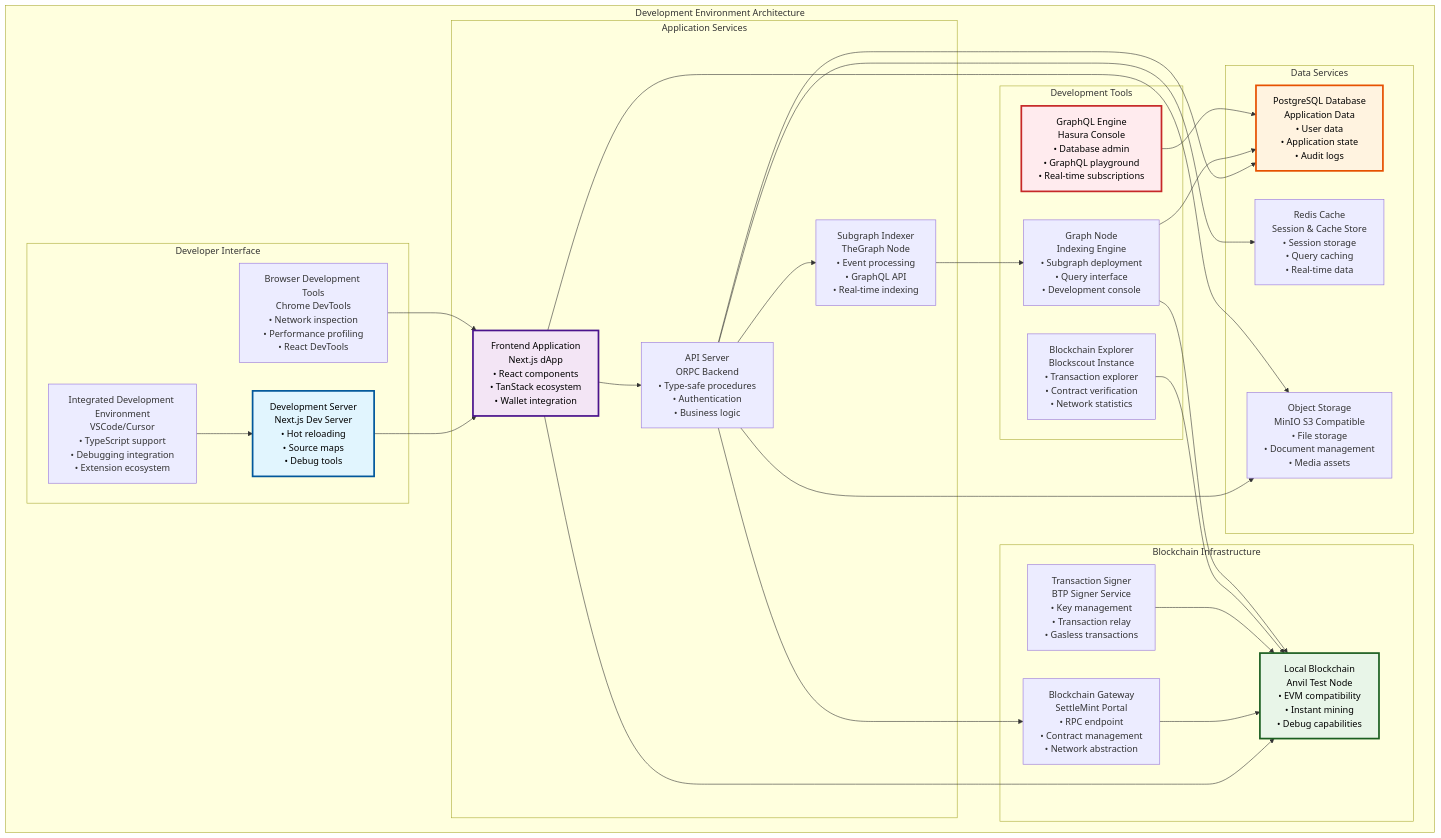
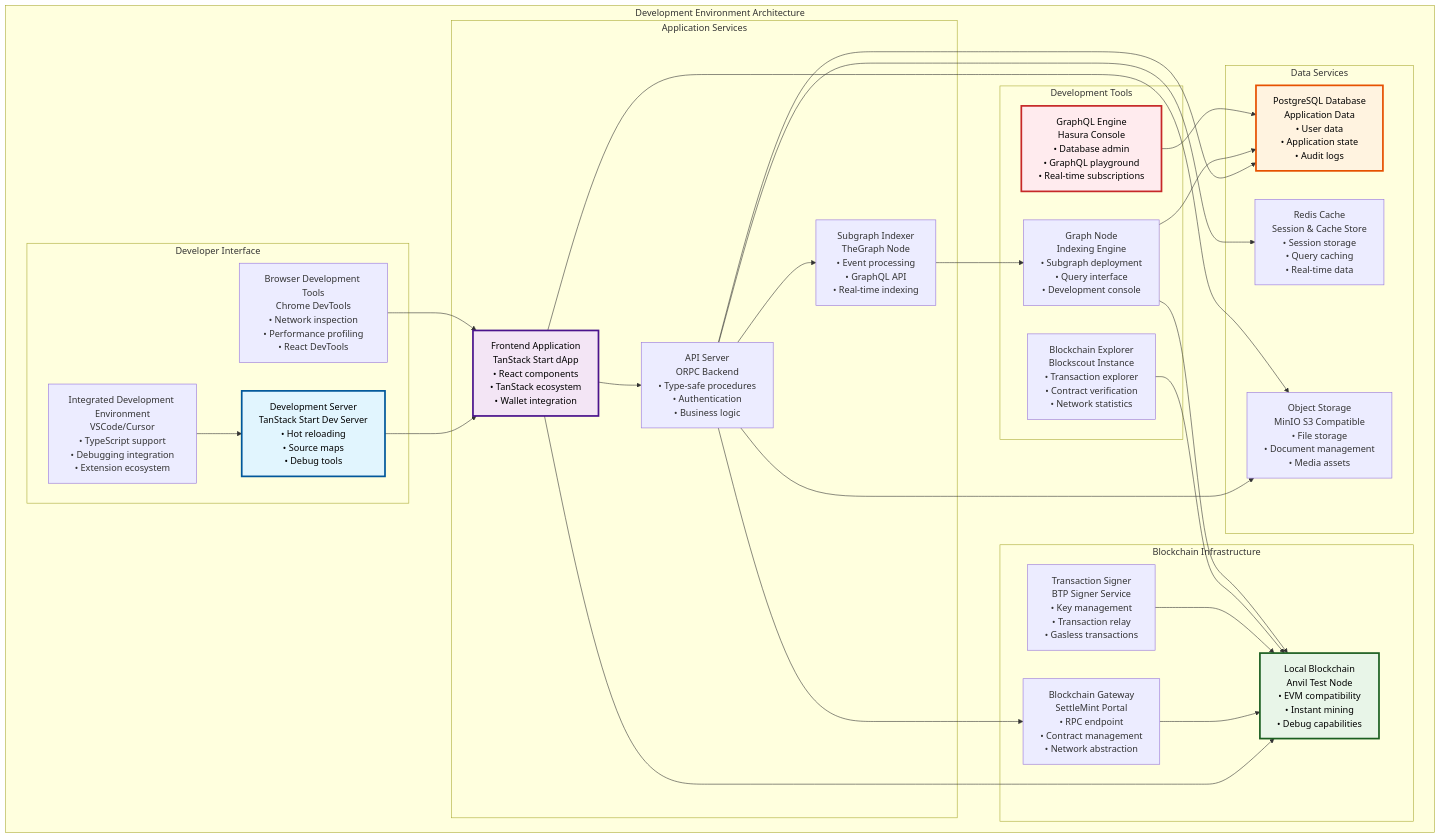
Before and after one commit to settlemint/asset-tokenization-kit: the first of 9 diagrams in kit/docs/content/docs/04-development-environment.md, drawn with Mermaid. The commit also changed other lines of this file and 11 other files, not shown here.

````diff
--- a/kit/docs/content/docs/04-development-environment.md
+++ b/kit/docs/content/docs/04-development-environment.md
@@ -30,81 +30,81 @@
 ```mermaid
 graph TB
     subgraph "Development Environment Architecture"
         subgraph "Developer Interface"
-            DevServer[Development Server<br/>Next.js Dev Server<br/>• Hot reloading<br/>• Source maps<br/>• Debug tools]
+            DevServer[Development Server<br/>TanStack Start Dev Server<br/>• Hot reloading<br/>• Source maps<br/>• Debug tools]
             
             IDE[Integrated Development Environment<br/>VSCode/Cursor<br/>• TypeScript support<br/>• Debugging integration<br/>• Extension ecosystem]
             
             Browser[Browser Development Tools<br/>Chrome DevTools<br/>• Network inspection<br/>• Performance profiling<br/>• React DevTools]
         end
         
         subgraph "Application Services"
-            Frontend[Frontend Application<br/>Next.js dApp<br/>• React components<br/>• TanStack ecosystem<br/>• Wallet integration]
+            Frontend[Frontend Application<br/>TanStack Start dApp<br/>• React components<br/>• TanStack ecosystem<br/>• Wallet integration]
             
             API[API Server<br/>ORPC Backend<br/>• Type-safe procedures<br/>• Authentication<br/>• Business logic]
             
             Subgraph[Subgraph Indexer<br/>TheGraph Node<br/>• Event processing<br/>• GraphQL API<br/>• Real-time indexing]
         end
         
         subgraph "Blockchain Infrastructure"
             Anvil[Local Blockchain<br/>Anvil Test Node<br/>• EVM compatibility<br/>• Instant mining<br/>• Debug capabilities]
             
             TxSigner[Transaction Signer<br/>BTP Signer Service<br/>• Key management<br/>• Transaction relay<br/>• Gasless transactions]
             
             Portal[Blockchain Gateway<br/>SettleMint Portal<br/>• RPC endpoint<br/>• Contract management<br/>• Network abstraction]
         end
         
         subgraph "Data Services"
             PostgreSQL[PostgreSQL Database<br/>Application Data<br/>• User data<br/>• Application state<br/>• Audit logs]
             
             Redis[Redis Cache<br/>Session & Cache Store<br/>• Session storage<br/>• Query caching<br/>• Real-time data]
             
             MinIO[Object Storage<br/>MinIO S3 Compatible<br/>• File storage<br/>• Document management<br/>• Media assets]
         end
         
         subgraph "Development Tools"
             Hasura[GraphQL Engine<br/>Hasura Console<br/>• Database admin<br/>• GraphQL playground<br/>• Real-time subscriptions]
             
             Blockscout[Blockchain Explorer<br/>Blockscout Instance<br/>• Transaction explorer<br/>• Contract verification<br/>• Network statistics]
             
             GraphNode[Graph Node<br/>Indexing Engine<br/>• Subgraph deployment<br/>• Query interface<br/>• Development console]
         end
     end
     
     %% Developer interactions
     DevServer --> Frontend
     IDE --> DevServer
     Browser --> Frontend
     
     %% Application flow
     Frontend --> API
     API --> PostgreSQL
     API --> Redis
     API --> Subgraph
     
     %% Blockchain interactions
     Frontend --> Anvil
     API --> Portal
     Portal --> Anvil
     TxSigner --> Anvil
     
     %% Data flow
     Subgraph --> GraphNode
     GraphNode --> PostgreSQL
     Hasura --> PostgreSQL
     
     %% Storage
     API --> MinIO
     Frontend --> MinIO
     
     %% Development tools
     Blockscout --> Anvil
     GraphNode --> Anvil
     
     %% Styling
     style DevServer fill:#e1f5fe,stroke:#01579b,color:#000000,stroke-width:3px
     style Frontend fill:#f3e5f5,stroke:#4a148c,color:#000000,stroke-width:3px
     style Anvil fill:#e8f5e8,stroke:#1b5e20,color:#000000,stroke-width:3px
     style PostgreSQL fill:#fff3e0,stroke:#e65100,color:#000000,stroke-width:3px
     style Hasura fill:#ffebee,stroke:#c62828,color:#000000,stroke-width:3px
 ```
````
